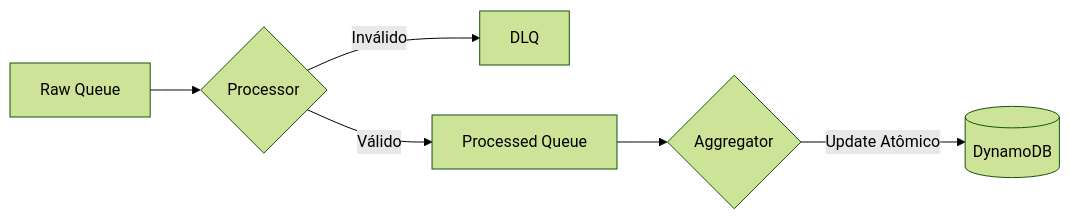
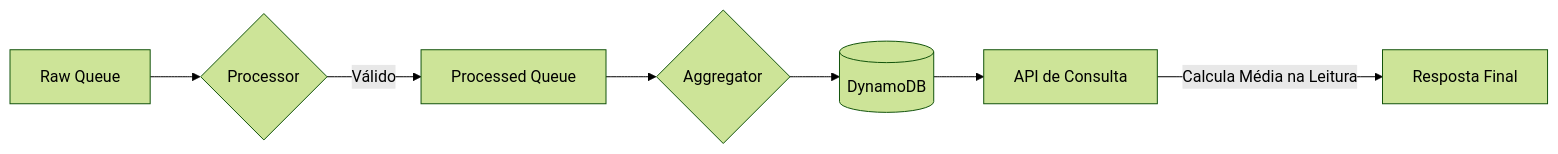
The diagram in README.md (JTBCode86/developer-metrics-pipeline), drawn with Mermaid (forest theme) before and after one commit. The commit also changed other lines of this file and 7 other files, not shown here.

````diff
--- a/README.md
+++ b/README.md
@@ -63,9 +74,10 @@
 ```mermaid
 graph LR
     A[Raw Queue] --> B{Processor}
-    B -->|Inválido| C[DLQ]
     B -->|Válido| D[Processed Queue]
     D --> E{Aggregator}
-    E -->|Update Atômico| F[(DynamoDB)]
+    E --> F[(DynamoDB)]
+    F --> G[API de Consulta]
+    G -->|Calcula Média na Leitura| H[Resposta Final]
 
 ```
````
